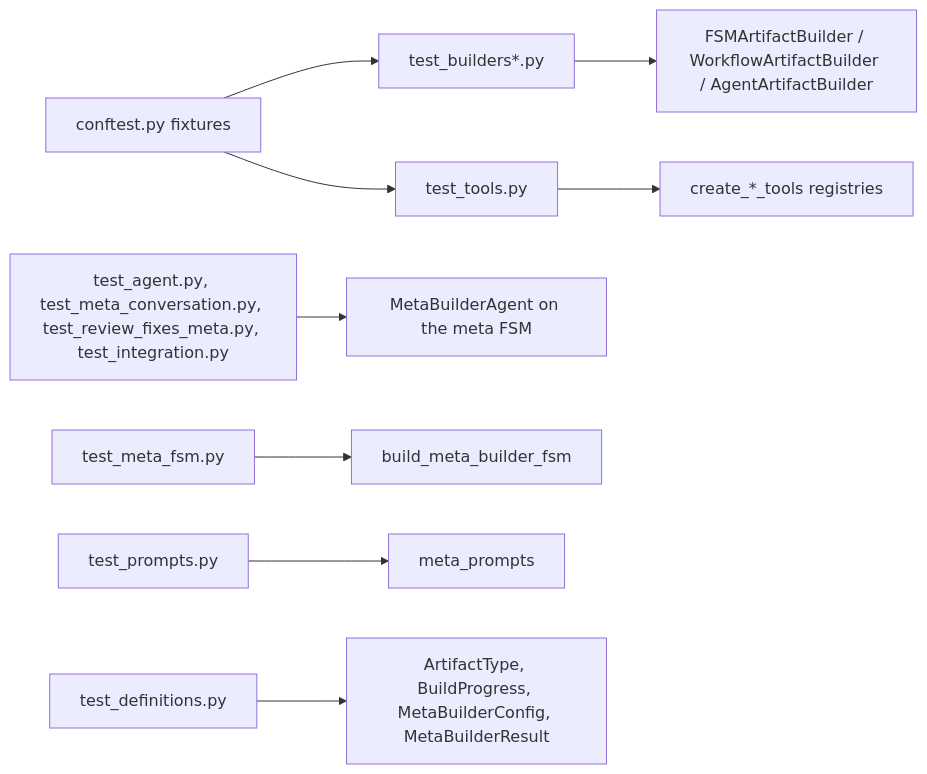
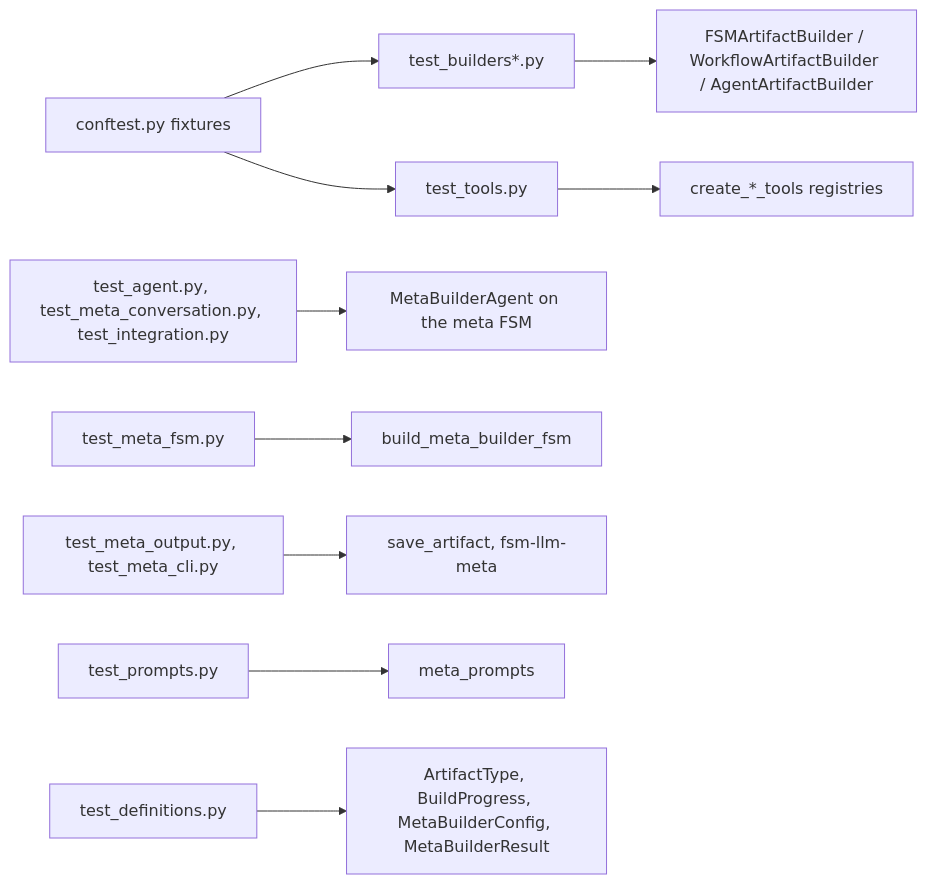
Before and after one commit to NikolasMarkou/fsm_llm: the diagram in tests/test_fsm_llm_meta/README.md, drawn with Mermaid. The commit also changed other lines of this file and 27 other files, not shown here.

Commit message:
[plan-2026-11-12-d454fd62/iter-1/step-42] test(structure): fold the meta, monitor and regression process files

````diff
--- a/tests/test_fsm_llm_meta/README.md
+++ b/tests/test_fsm_llm_meta/README.md
@@ -13,11 +13,12 @@
 ```mermaid
 flowchart LR
     conftest[conftest.py fixtures] --> builders[test_builders*.py]
     conftest --> tools[test_tools.py]
     builders --> B[FSMArtifactBuilder / WorkflowArtifactBuilder / AgentArtifactBuilder]
     tools --> T[create_*_tools registries]
-    agent[test_agent.py, test_meta_conversation.py, test_review_fixes_meta.py, test_integration.py] --> M[MetaBuilderAgent on the meta FSM]
+    agent[test_agent.py, test_meta_conversation.py, test_integration.py] --> M[MetaBuilderAgent on the meta FSM]
     fsm[test_meta_fsm.py] --> F[build_meta_builder_fsm]
+    out[test_meta_output.py, test_meta_cli.py] --> O[save_artifact, fsm-llm-meta]
     prompts[test_prompts.py] --> P[meta_prompts]
     defs[test_definitions.py] --> D[ArtifactType, BuildProgress, MetaBuilderConfig, MetaBuilderResult]
 ```
````
